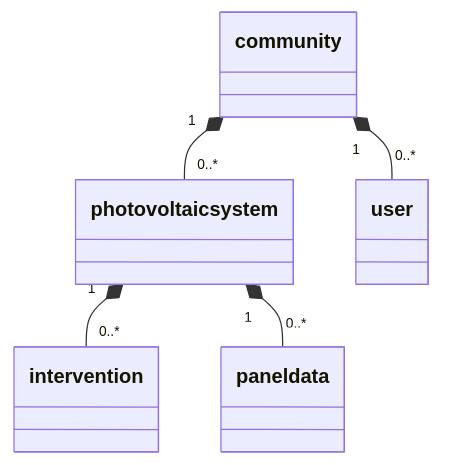
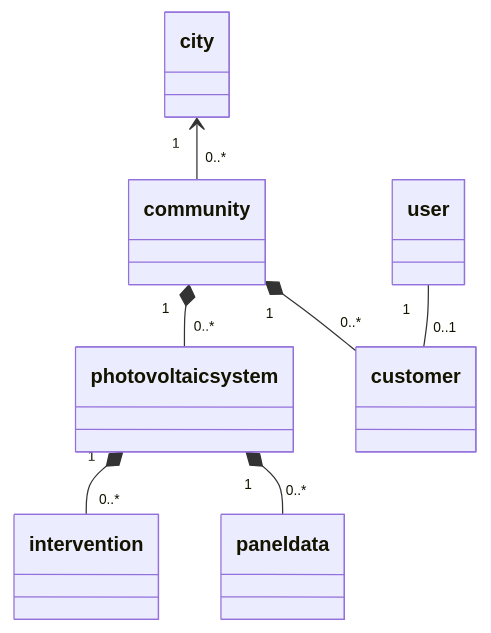
The diagram in README.md (gabrieledavena/IOT_Project), drawn with Mermaid before and after one commit. The commit also changed other lines of this file and 56 other files, not shown here.

````diff
--- a/README.md
+++ b/README.md
@@ -100,19 +163,25 @@
 ```mermaid
 classDiagram
 direction BT
+class city
 class community
+class customer
 class intervention
 class paneldata
 class photovoltaicsystem
 class user
 
 
 intervention "0..*" --* "1" photovoltaicsystem
 
 paneldata "0..*" --* "1" photovoltaicsystem
 
 photovoltaicsystem "0..*" --* "1" community
 
-user "0..*" --* "1" community
+customer "0..*" --* "1" community
+
+customer "0..1" -- "1" user
+
+community "0..*" --> "1" city
 
 ```
````
